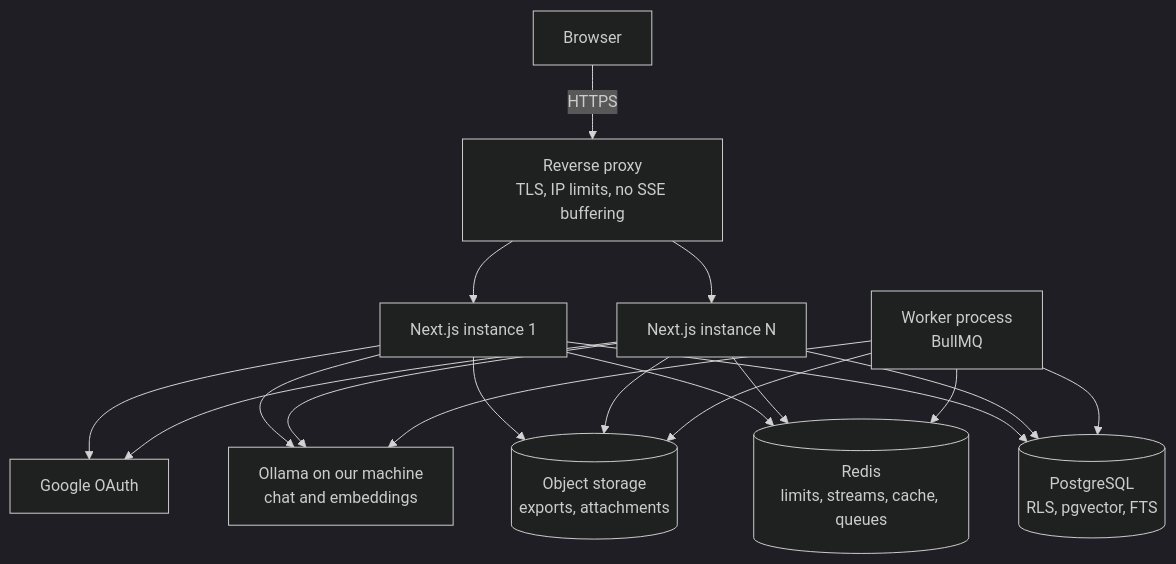
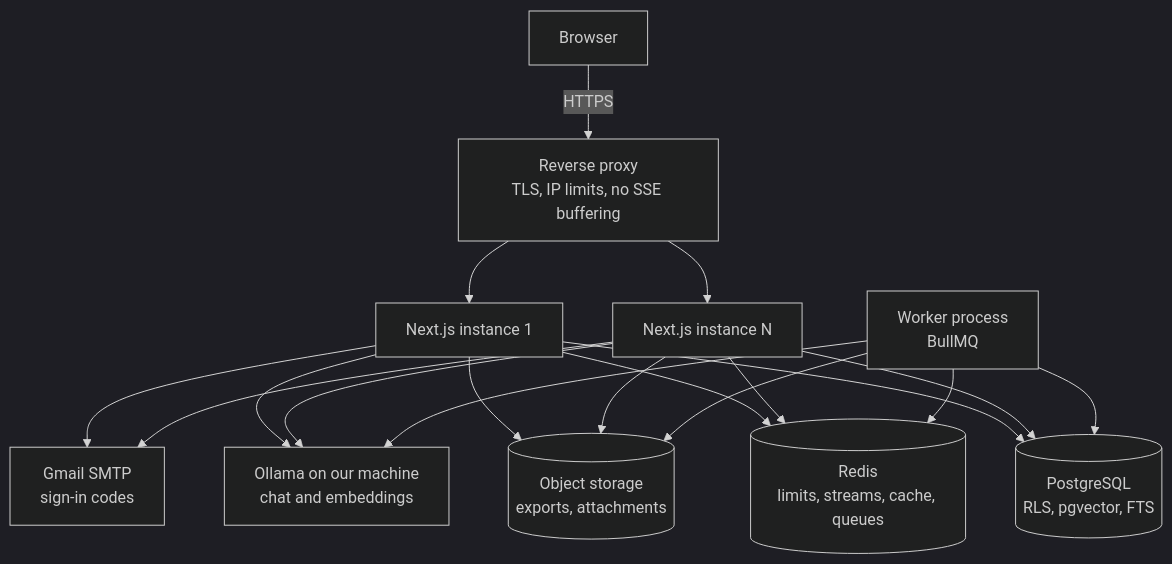
Before and after one commit to andreispDev/ai-powered-inventory-system: the first of 6 diagrams in Architectural.md, drawn with Mermaid (dark theme). The commit also changed other lines of this file and 22 other files, not shown here.

First line of the commit message:
Replace Google sign-in with emailed codes

````diff
--- a/Architectural.md
+++ b/Architectural.md
@@ -23,15 +23,15 @@
 ```mermaid
 flowchart TB
   B[Browser] -->|HTTPS| RP[Reverse proxy<br/>TLS, IP limits, no SSE buffering]
   RP --> W1[Next.js instance 1]
   RP --> W2[Next.js instance N]
   W1 & W2 --> PG[(PostgreSQL<br/>RLS, pgvector, FTS)]
   W1 & W2 --> R[(Redis<br/>limits, streams, cache, queues)]
   W1 & W2 --> S3[(Object storage<br/>exports, attachments)]
   WK[Worker process<br/>BullMQ] --> PG
   WK --> R
   WK --> S3
-  W1 & W2 --> G[Google OAuth]
+  W1 & W2 --> G[Gmail SMTP<br/>sign-in codes]
   W1 & W2 --> O[Ollama on our machine<br/>chat and embeddings]
   WK --> O
 ```
````
